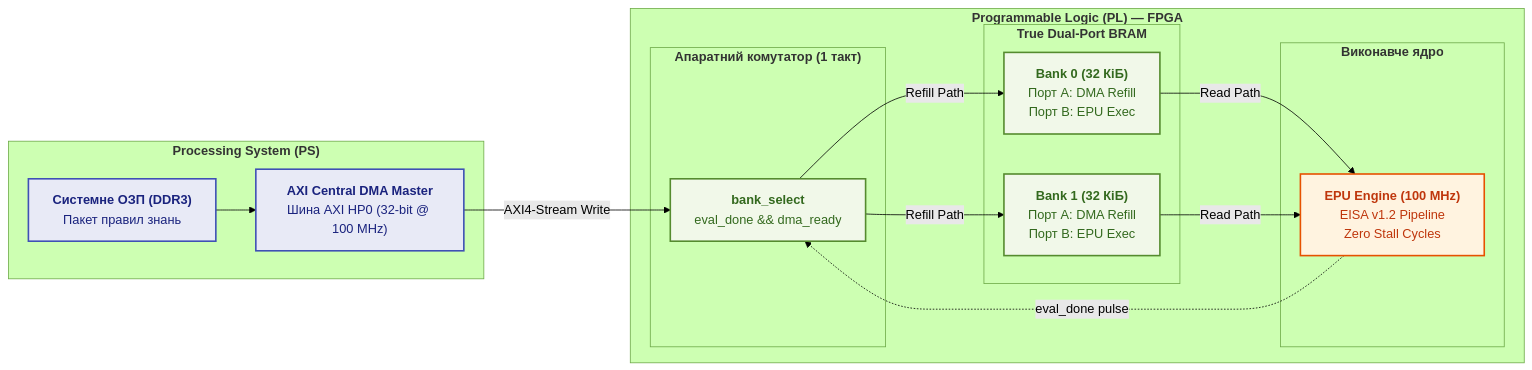
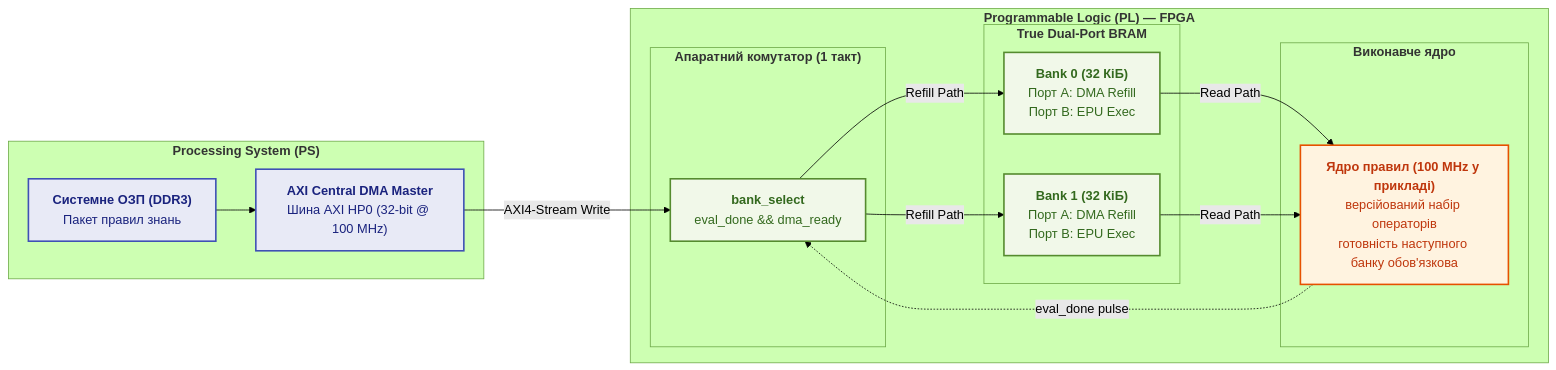
One commit to nick-fedchik/articles changed diagram 13 of 14 in ExpertSystem/ch18-execution-infrastructure.md. Above: the diagram before and after it, drawn with Mermaid (forest theme). The commit also changed other lines of this file and 7 other files, not shown here.

````diff
--- a/ExpertSystem/ch18-execution-infrastructure.md
+++ b/ExpertSystem/ch18-execution-infrastructure.md
@@ -1339,41 +1640,41 @@
 ```mermaid
 flowchart LR
     accTitle: Подвійна буферизація BRAM Ping-Pong на кристалі Zynq-7000
-    accDescr: Архітектура апаратного перемикання банків пам'яті між контролером AXI DMA та процесором правил EPU без простою конвеєра.
+    accDescr: Проєкт двох банків із перевіркою готовності; відсутність очікування залежить від часу підкачування і найкоротшого виконання поточного блоку.
 
     subgraph PS ["<b>Processing System (PS)</b>"]
         DRAM["<b>Системне ОЗП (DDR3)</b><br/>Пакет правил знань"]
         DMA["<b>AXI Central DMA Master</b><br/>Шина AXI HP0 (32-bit @ 100 MHz)"]
         DRAM --> DMA
     end
 
     subgraph PL ["<b>Programmable Logic (PL) — FPGA</b>"]
         subgraph Switch ["<b>Апаратний комутатор (1 такт)</b>"]
             SW_SEL["<b>bank_select</b><br/>eval_done && dma_ready"]
         end
 
         subgraph BRAM ["<b>True Dual-Port BRAM</b>"]
             B0["<b>Bank 0 (32 КіБ)</b><br/>Порт A: DMA Refill<br/>Порт B: EPU Exec"]
             B1["<b>Bank 1 (32 КіБ)</b><br/>Порт A: DMA Refill<br/>Порт B: EPU Exec"]
         end
 
         subgraph Core ["<b>Виконавче ядро</b>"]
-            EPU["<b>EPU Engine (100 MHz)</b><br/>EISA v1.2 Pipeline<br/>Zero Stall Cycles"]
+            EPU["<b>Ядро правил (100 MHz у прикладі)</b><br/>версійований набір операторів<br/>готовність наступного банку обов'язкова"]
         end
     end
 
     DMA -->|"AXI4-Stream Write"| SW_SEL
     SW_SEL -->|"Refill Path"| B0
     SW_SEL -->|"Refill Path"| B1
     B0 -->|"Read Path"| EPU
     B1 -->|"Read Path"| EPU
     EPU -.->|"eval_done pulse"| SW_SEL
 
     classDef psBox fill:#e8eaf6,stroke:#3f51b5,stroke-width:2px,color:#1a237e;
     classDef plBox fill:#f1f8e9,stroke:#558b2f,stroke-width:2px,color:#33691e;
     classDef coreBox fill:#fff3e0,stroke:#e65100,stroke-width:2px,color:#bf360c;
 
     class DRAM,DMA psBox;
     class SW_SEL,B0,B1 plBox;
     class EPU coreBox;
 ```
````
